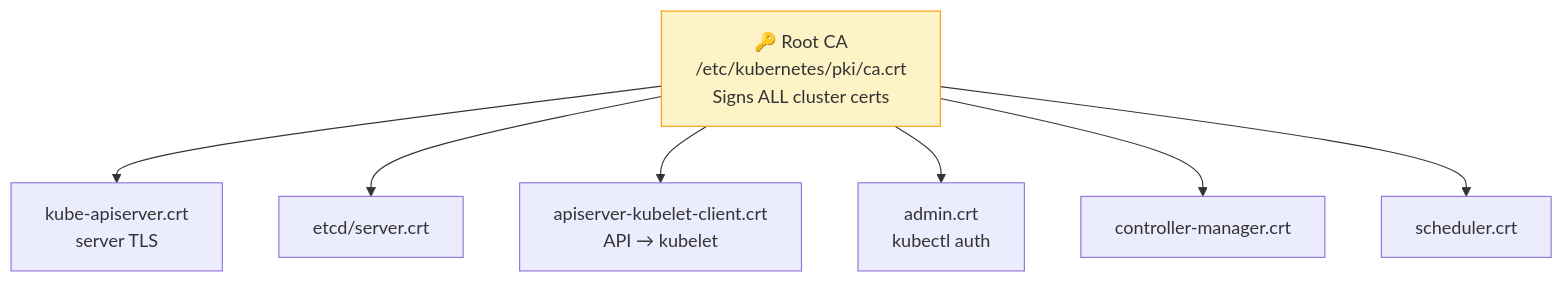
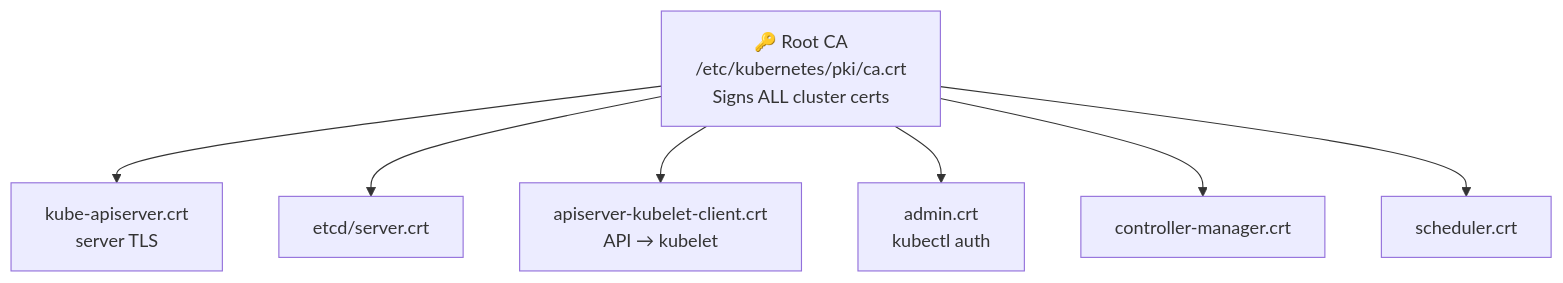
The diagram in content/cka/09-security-rbac-tls-psa-networkpolicy/92-tls-certificates-csr/92-tls-certificates-csr.md (Gautam4424/k8slearn-content), drawn with Mermaid before and after one commit. The commit also changed 40 other files, not shown here.

Commit message:
chore: fix mermaid style regex

````diff
--- a/content/cka/09-security-rbac-tls-psa-networkpolicy/92-tls-certificates-csr/92-tls-certificates-csr.md
+++ b/content/cka/09-security-rbac-tls-psa-networkpolicy/92-tls-certificates-csr/92-tls-certificates-csr.md
@@ -19,11 +19,10 @@
 ```mermaid
 flowchart TD
     CA["🔑 Root CA\n/etc/kubernetes/pki/ca.crt\nSigns ALL cluster certs"]
     CA --> API_C["kube-apiserver.crt\nserver TLS"]
     CA --> ETCD_C["etcd/server.crt"]
     CA --> KL_C["apiserver-kubelet-client.crt\nAPI → kubelet"]
     CA --> ADMIN_C["admin.crt\nkubectl auth"]
     CA --> CTRL_C["controller-manager.crt"]
     CA --> SCHED_C["scheduler.crt"]
-    style CA fill:#fef3c7,stroke:#f59e0b
 ```
````
